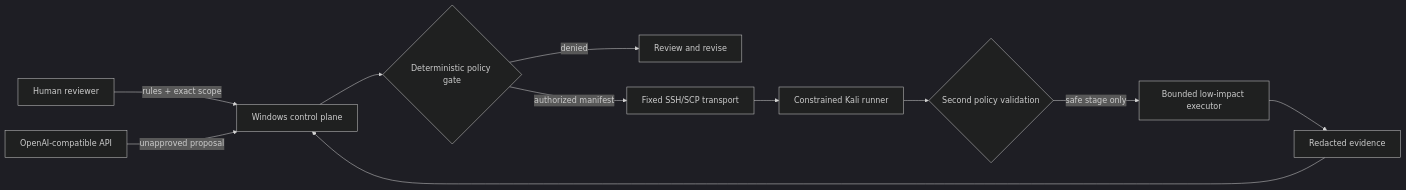
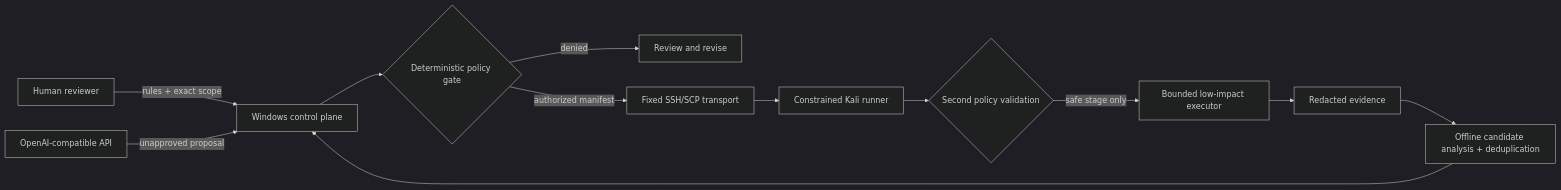
Before and after one commit to C-8H11N/aegis-scope: the diagram in README.en.md, drawn with Mermaid (dark theme). The commit also changed other lines of this file and 34 other files, not shown here.

````diff
--- a/README.en.md
+++ b/README.en.md
@@ -86,13 +89,14 @@
 ```mermaid
 flowchart LR
     U["Human reviewer"] -->|"rules + exact scope"| W["Windows control plane"]
     M["OpenAI-compatible API"] -->|"unapproved proposal"| W
     W --> P{"Deterministic policy gate"}
     P -->|"denied"| R["Review and revise"]
     P -->|"authorized manifest"| T["Fixed SSH/SCP transport"]
     T --> K["Constrained Kali runner"]
     K --> P2{"Second policy validation"}
     P2 -->|"safe stage only"| E["Bounded low-impact executor"]
     E --> D["Redacted evidence"]
-    D --> W
+    D --> A["Offline candidate analysis + deduplication"]
+    A --> W
 ```
````
